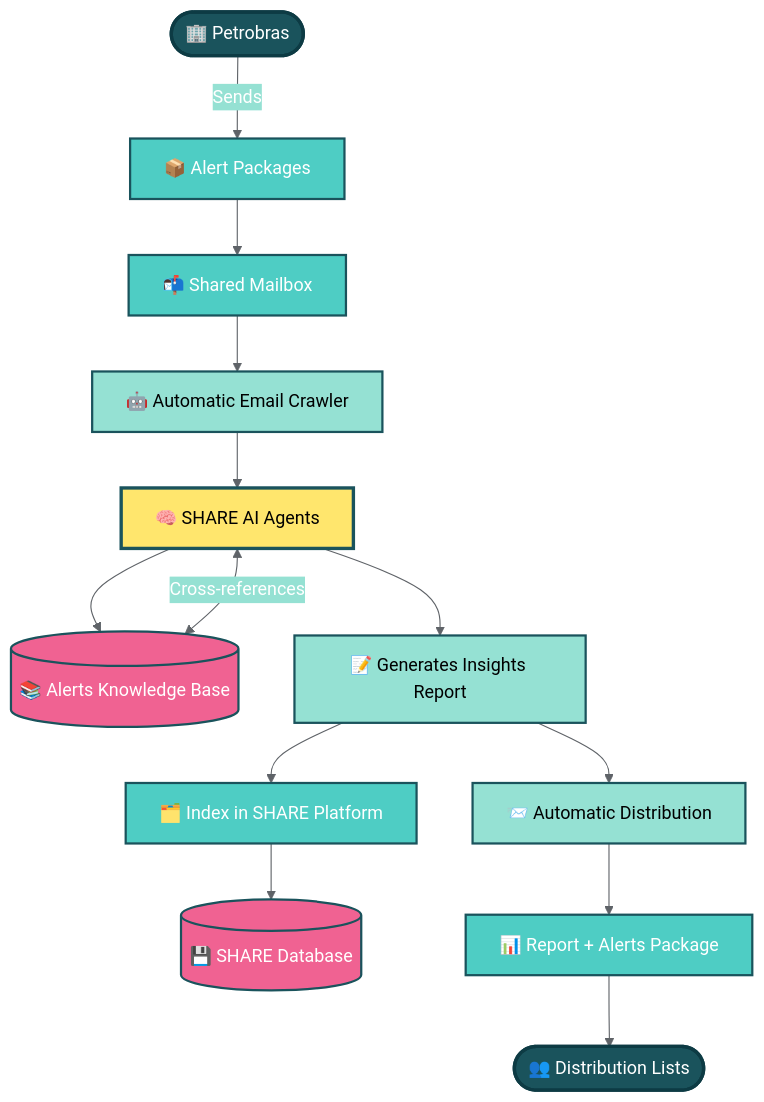
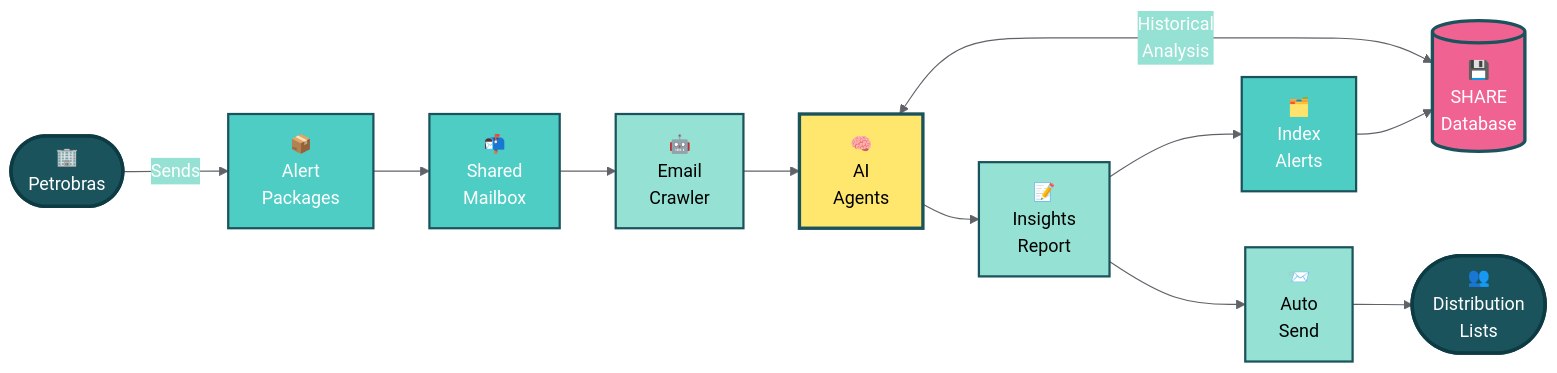
One commit to wonder-dmercadal/PublicReports changed the second of 7 diagrams in SHARE.md. Above: the diagram before and after it, drawn with Mermaid. The commit also changed other lines of this file, not shown here.

````diff
--- a/SHARE.md
+++ b/SHARE.md
@@ -35,30 +35,26 @@
 ```mermaid
 %%{init: {'theme':'base', 'themeVariables': { 'primaryColor':'#4ECDC4', 'primaryTextColor':'#fff', 'primaryBorderColor':'#1A535C', 'lineColor':'#5f6368', 'secondaryColor':'#95E1D3', 'tertiaryColor':'#FFE66D', 'background':'#f8f9fa'}}}%%
 
-flowchart TD
-    Start([🏢 Petrobras]) -->|Sends| A[📦 Alert Packages]
-    A --> B[📬 Shared Mailbox]
-    B --> C[🤖 Automatic Email Crawler]
-    C --> D[🧠 SHARE AI Agents]
-    D --> E[(📚 Alerts Knowledge Base)]
-    D <-->|Cross-references| E
-    D --> F[📝 Generates Insights Report]
-    F --> G[🗂️ Index in SHARE Platform]
-    F --> H[📨 Automatic Distribution]
-    G --> I[(💾 SHARE Database)]
-    H --> J[📊 Report + Alerts Package]
-    J --> K([👥 Distribution Lists])
+flowchart LR
+    Start([🏢<br/>Petrobras]) -->|Sends| A[📦<br/>Alert<br/>Packages]
+    A --> B[📬<br/>Shared<br/>Mailbox]
+    B --> C[🤖<br/>Email<br/>Crawler]
+    C --> D[🧠<br/>AI<br/>Agents]
+    D <-->|Historical<br/>Analysis| DB[(💾<br/>SHARE<br/>Database)]
+    D --> F[📝<br/>Insights<br/>Report]
+    F --> G[🗂️<br/>Index<br/>Alerts]
+    G --> DB
+    F --> H[📨<br/>Auto<br/>Send]
+    H --> K([👥<br/>Distribution<br/>Lists])
     
     style Start fill:#1A535C,stroke:#0D3B44,stroke-width:3px,color:#fff
     style A fill:#4ECDC4,stroke:#1A535C,stroke-width:2px,color:#fff
     style B fill:#4ECDC4,stroke:#1A535C,stroke-width:2px,color:#fff
     style C fill:#95E1D3,stroke:#1A535C,stroke-width:2px,color:#000
     style D fill:#FFE66D,stroke:#1A535C,stroke-width:3px,color:#000
-    style E fill:#F06292,stroke:#1A535C,stroke-width:2px,color:#fff
+    style DB fill:#F06292,stroke:#1A535C,stroke-width:3px,color:#fff
     style F fill:#95E1D3,stroke:#1A535C,stroke-width:2px,color:#000
     style G fill:#4ECDC4,stroke:#1A535C,stroke-width:2px,color:#fff
     style H fill:#95E1D3,stroke:#1A535C,stroke-width:2px,color:#000
-    style I fill:#F06292,stroke:#1A535C,stroke-width:2px,color:#fff
-    style J fill:#4ECDC4,stroke:#1A535C,stroke-width:2px,color:#fff
     style K fill:#1A535C,stroke:#0D3B44,stroke-width:3px,color:#fff
 ```
````
